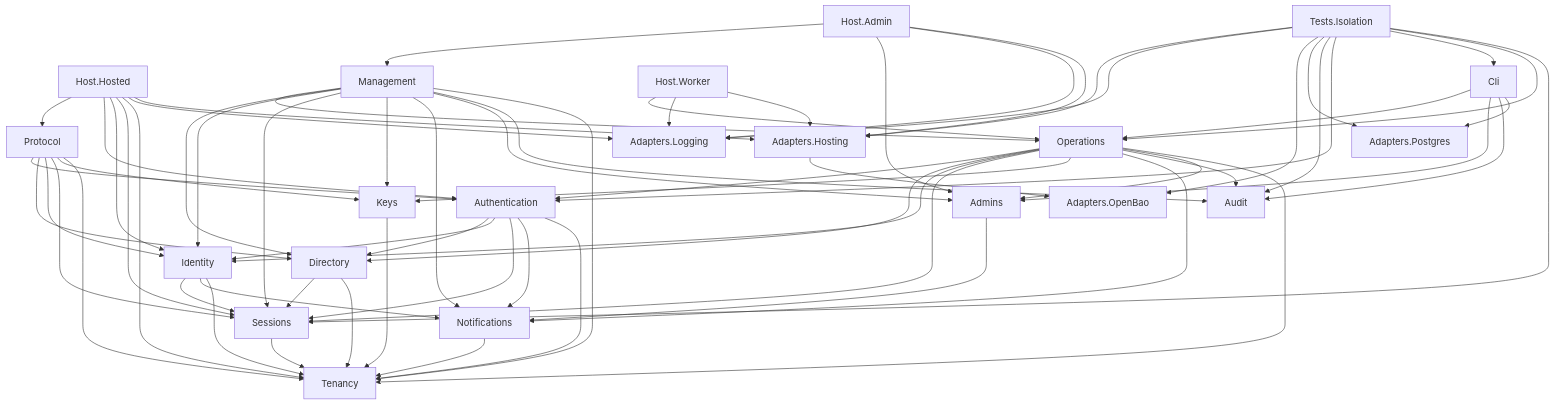
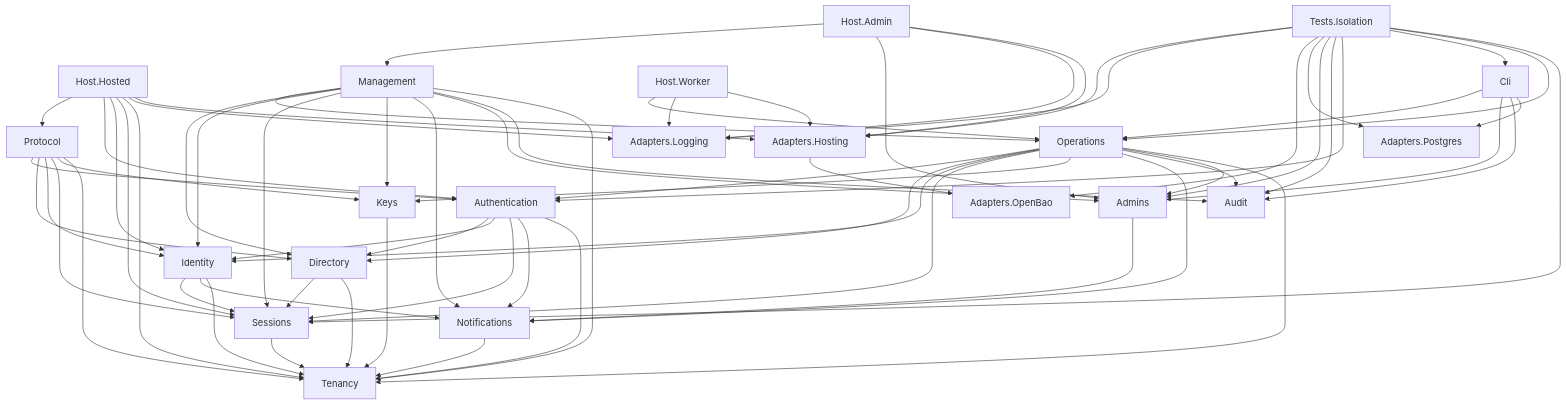
One commit to shanilmelder/gatekeep changed the diagram in docs/architecture/module-dependencies.md. Above: the diagram before and after it, drawn with Mermaid. The commit also changed 28 other files, not shown here.

```diff
--- a/docs/architecture/module-dependencies.md
+++ b/docs/architecture/module-dependencies.md
@@ -88,6 +88,7 @@
   TestsIsolation --> AdaptersLogging
   TestsIsolation --> AdaptersOpenBao
   TestsIsolation --> AdaptersPostgres
+  TestsIsolation --> Admins
   TestsIsolation --> Audit
   TestsIsolation --> Authentication
   TestsIsolation --> Cli
```
